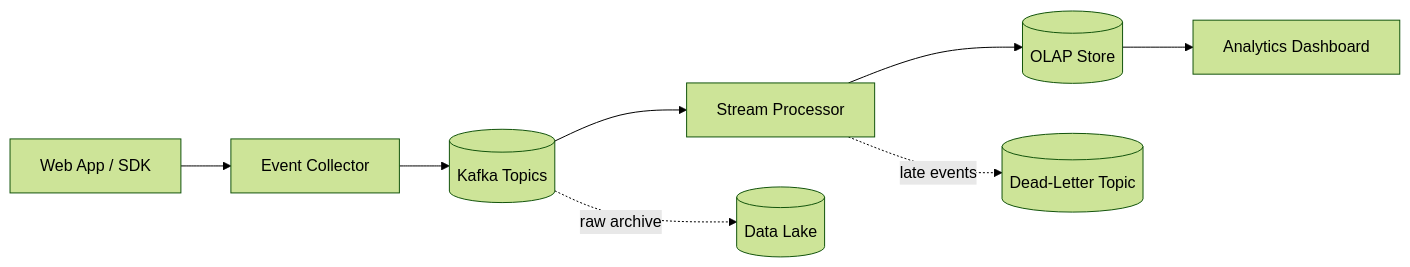
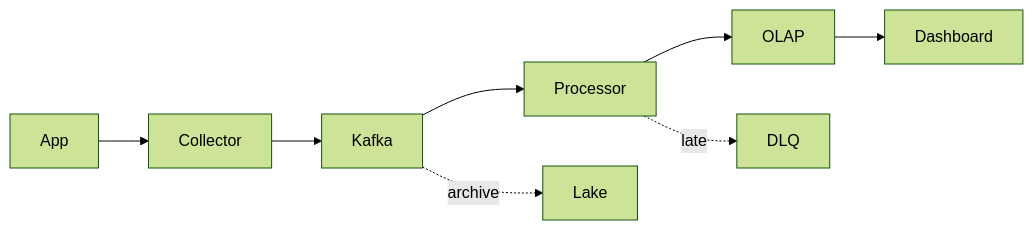
The diagram in site/content/designs/realtime-analytics.md (huangsam/systology), drawn with Mermaid (forest theme) before and after one commit. The commit also changed 8 other files, not shown here.

Commit message:
Shorten names of mermaid items

```diff
--- a/site/content/designs/realtime-analytics.md
+++ b/site/content/designs/realtime-analytics.md
@@ -22,10 +22,10 @@
 {{< mermaid >}}
 graph LR
-  App[Web App / SDK] --> Collector[Event Collector]
-  Collector --> Kafka[(Kafka Topics)]
-  Kafka --> StreamProc[Stream Processor]
-  StreamProc --> OLAP[(OLAP Store)]
-  OLAP --> Dashboard[Analytics Dashboard]
-  StreamProc -.->|late events| DLQ[(Dead-Letter Topic)]
-  Kafka -.->|raw archive| Lake[(Data Lake)]
+  App --> Collector
+  Collector --> Kafka
+  Kafka --> StreamProc[Processor]
+  StreamProc --> OLAP
+  OLAP --> Dashboard
+  StreamProc -.->|late| DLQ
+  Kafka -.->|archive| Lake
 {{< /mermaid >}}
```
